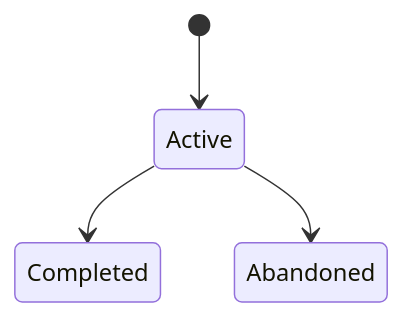
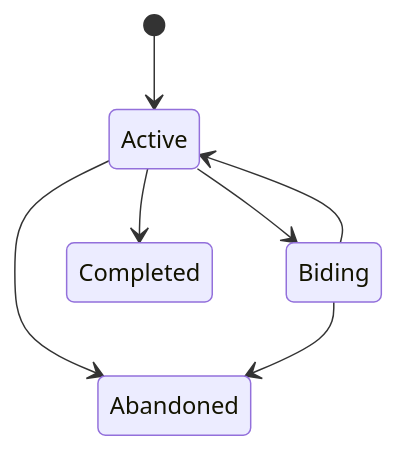
The diagram in wishes/specs/wish-system-rules.md (Robird/agent-team-v0), drawn with Mermaid before and after one commit. The commit also changed other lines of this file and 17 other files, not shown here.

````diff
--- a/wishes/specs/wish-system-rules.md
+++ b/wishes/specs/wish-system-rules.md
@@ -128,6 +130,9 @@
 ```mermaid
 stateDiagram-v2
   [*] --> Active
+  Active --> Biding
+  Biding --> Active
   Active --> Completed
   Active --> Abandoned
+  Biding --> Abandoned
 ```
````
